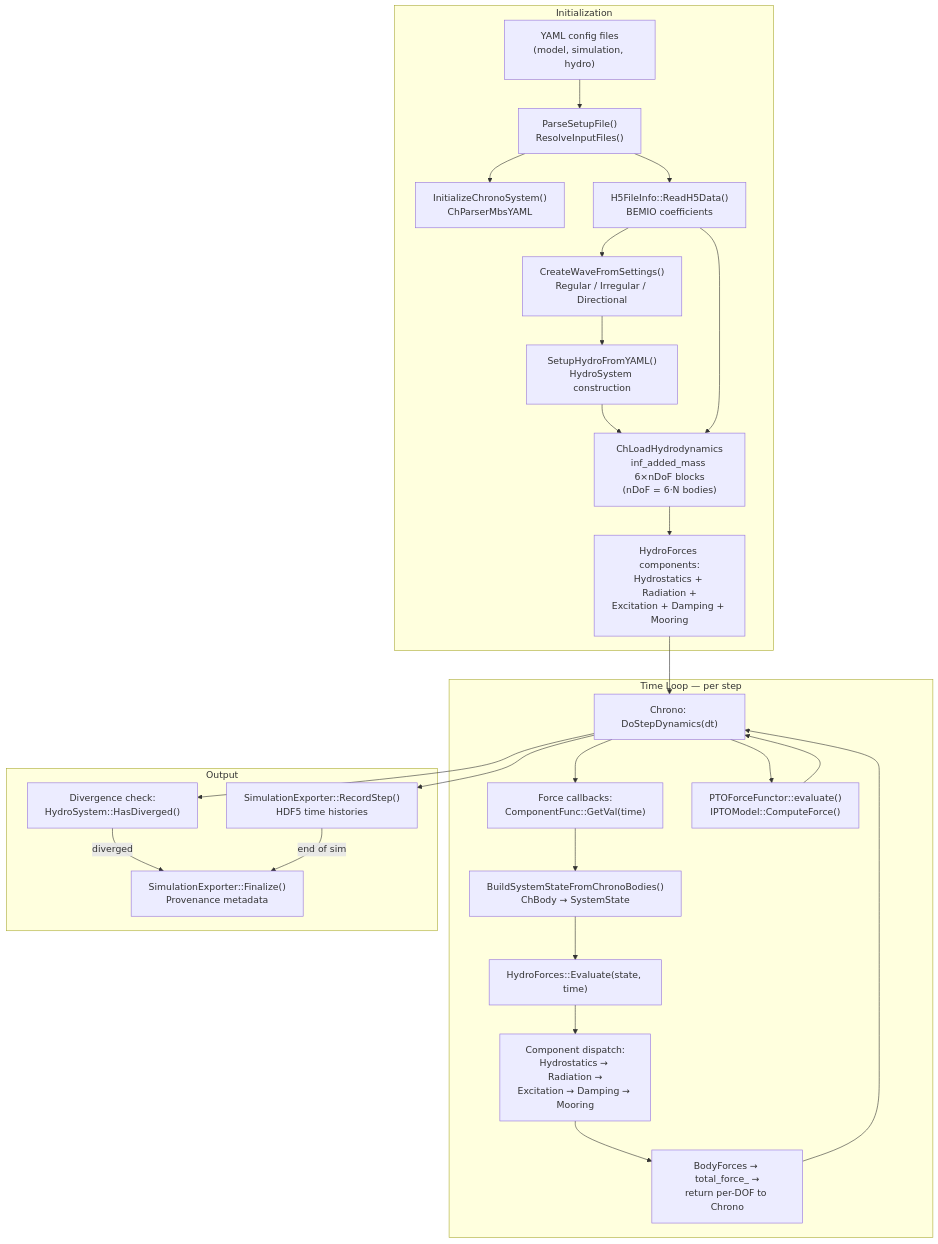
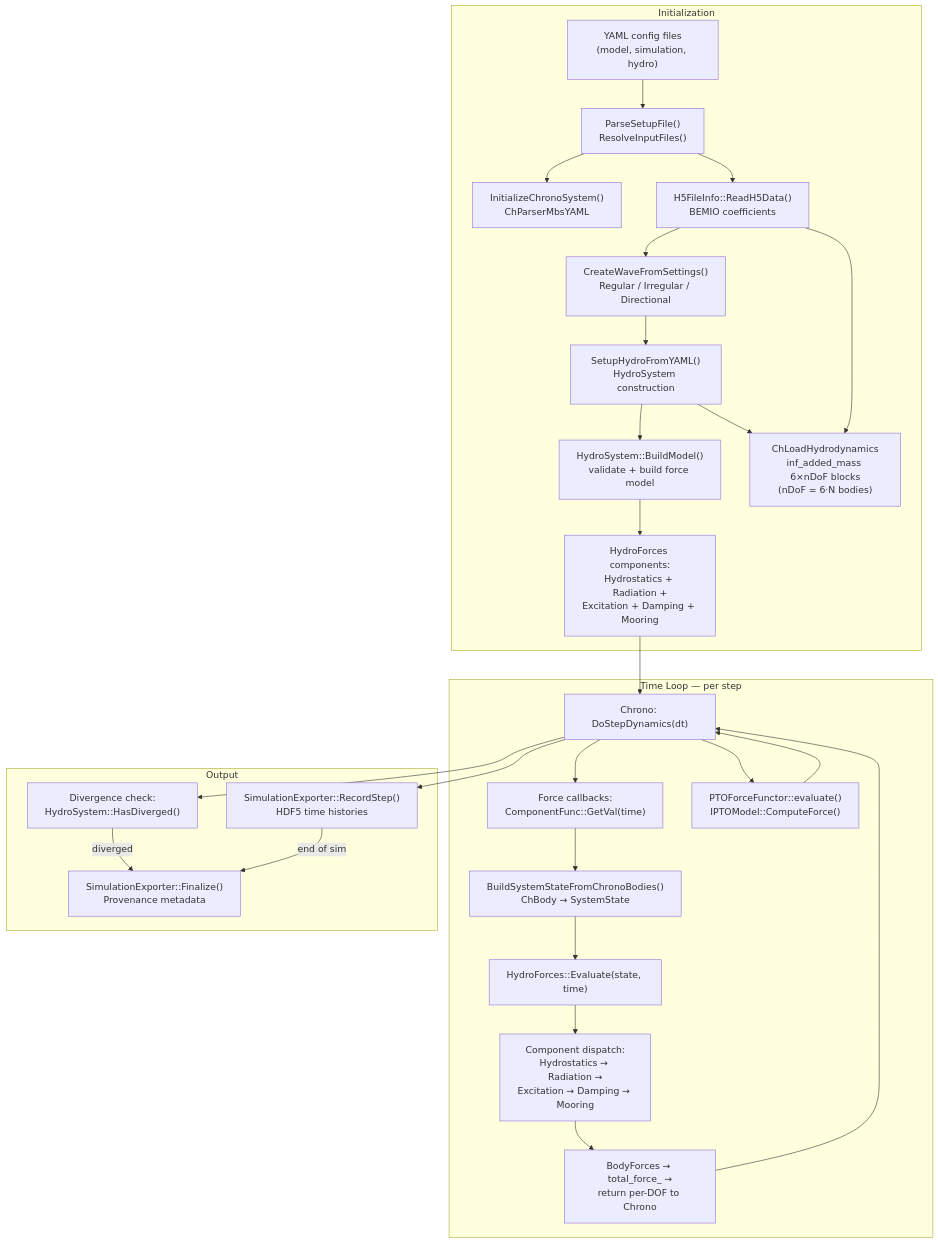
The sixth of 8 diagrams in TECHNICAL_OVERVIEW.md (Project-SEA-Stack/SEA-Stack), drawn with Mermaid before and after one commit. The commit also changed 8 other files, not shown here.

Commit message:
fix(hydro): validate model before Chrono stepping

````diff
--- a/TECHNICAL_OVERVIEW.md
+++ b/TECHNICAL_OVERVIEW.md
@@ -1059,53 +1059,55 @@
 ```mermaid
 flowchart TB
     subgraph init [Initialization]
         YAML["YAML config files<br/>(model, simulation, hydro)"]
         ParseYAML["ParseSetupFile()<br/>ResolveInputFiles()"]
         ChronoInit["InitializeChronoSystem()<br/>ChParserMbsYAML"]
         H5Load["H5FileInfo::ReadH5Data()<br/>BEMIO coefficients"]
         WaveSetup["CreateWaveFromSettings()<br/>Regular / Irregular / Directional"]
         HydroSetup["SetupHydroFromYAML()<br/>HydroSystem construction"]
+        BuildModel["HydroSystem::BuildModel()<br/>validate + build force model"]
         InfAddedMass["ChLoadHydrodynamics<br/>inf_added_mass 6×nDoF blocks<br/>(nDoF = 6·N bodies)"]
         CompAssembly["HydroForces components:<br/>Hydrostatics + Radiation +<br/>Excitation + Damping + Mooring"]
     end
 
     subgraph timeloop [Time Loop — per step]
         DoStep["Chrono: DoStepDynamics(dt)"]
         Callbacks["Force callbacks:<br/>ComponentFunc::GetVal(time)"]
         ExtractState["BuildSystemStateFromChronoBodies()<br/>ChBody → SystemState"]
         Evaluate["HydroForces::Evaluate(state, time)"]
         Components["Component dispatch:<br/>Hydrostatics → Radiation →<br/>Excitation → Damping → Mooring"]
         ReturnForce["BodyForces → total_force_ →<br/>return per-DOF to Chrono"]
         PTOEval["PTOForceFunctor::evaluate()<br/>IPTOModel::ComputeForce()"]
     end
 
     subgraph output [Output]
         Export["SimulationExporter::RecordStep()<br/>HDF5 time histories"]
         Diverge["Divergence check:<br/>HydroSystem::HasDiverged()"]
         Finalize["SimulationExporter::Finalize()<br/>Provenance metadata"]
     end
 
     YAML --> ParseYAML
     ParseYAML --> ChronoInit
     ParseYAML --> H5Load
     H5Load --> WaveSetup
     WaveSetup --> HydroSetup
     HydroSetup --> InfAddedMass
     H5Load --> InfAddedMass
-    InfAddedMass --> CompAssembly
+    HydroSetup --> BuildModel
+    BuildModel --> CompAssembly
 
     CompAssembly --> DoStep
     DoStep --> Callbacks
     Callbacks --> ExtractState
     ExtractState --> Evaluate
     Evaluate --> Components
     Components --> ReturnForce
     ReturnForce --> DoStep
     DoStep --> PTOEval
     PTOEval --> DoStep
 
     DoStep --> Export
     DoStep --> Diverge
     Diverge -->|"diverged"| Finalize
     Export -->|"end of sim"| Finalize
 ```
````
